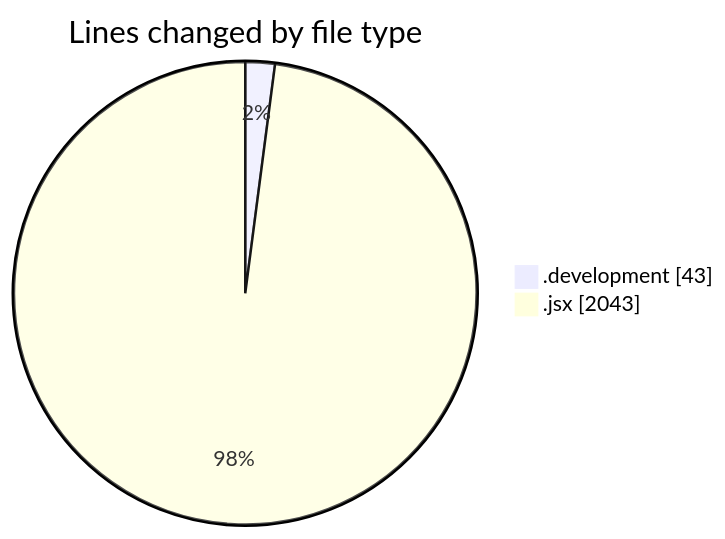
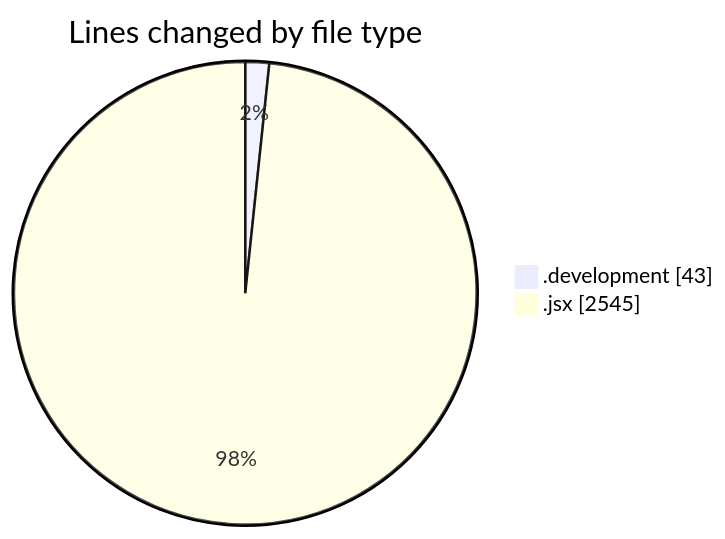
Before and after one commit to nxtqubesakshisongat/code-tracking: the first of 2 diagrams in 2025-11-11/argos/README.md, drawn with Mermaid. The commit also changed other lines of this file and 1 other file, not shown here.

````diff
--- a/2025-11-11/argos/README.md
+++ b/2025-11-11/argos/README.md
@@ -24,6 +25,6 @@
 ```mermaid
 pie showData
 title Lines changed by file type
 ".development" : 43
-".jsx" : 2043
+".jsx" : 2545
 ```
````
